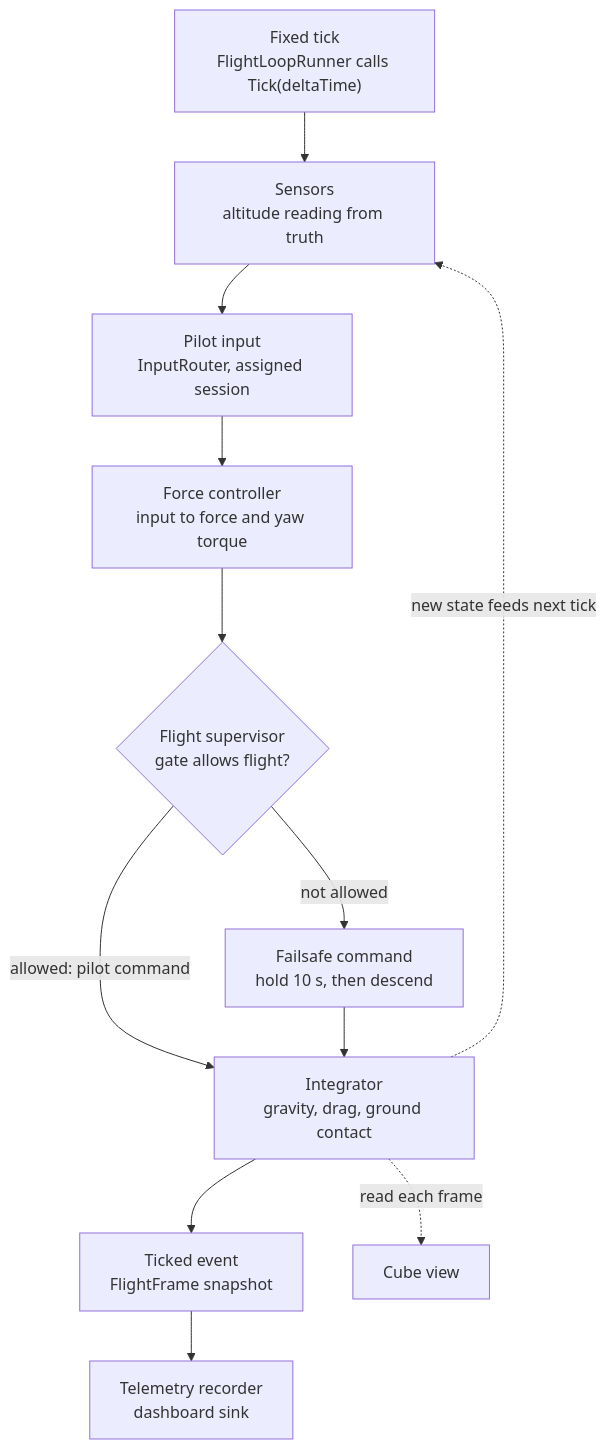
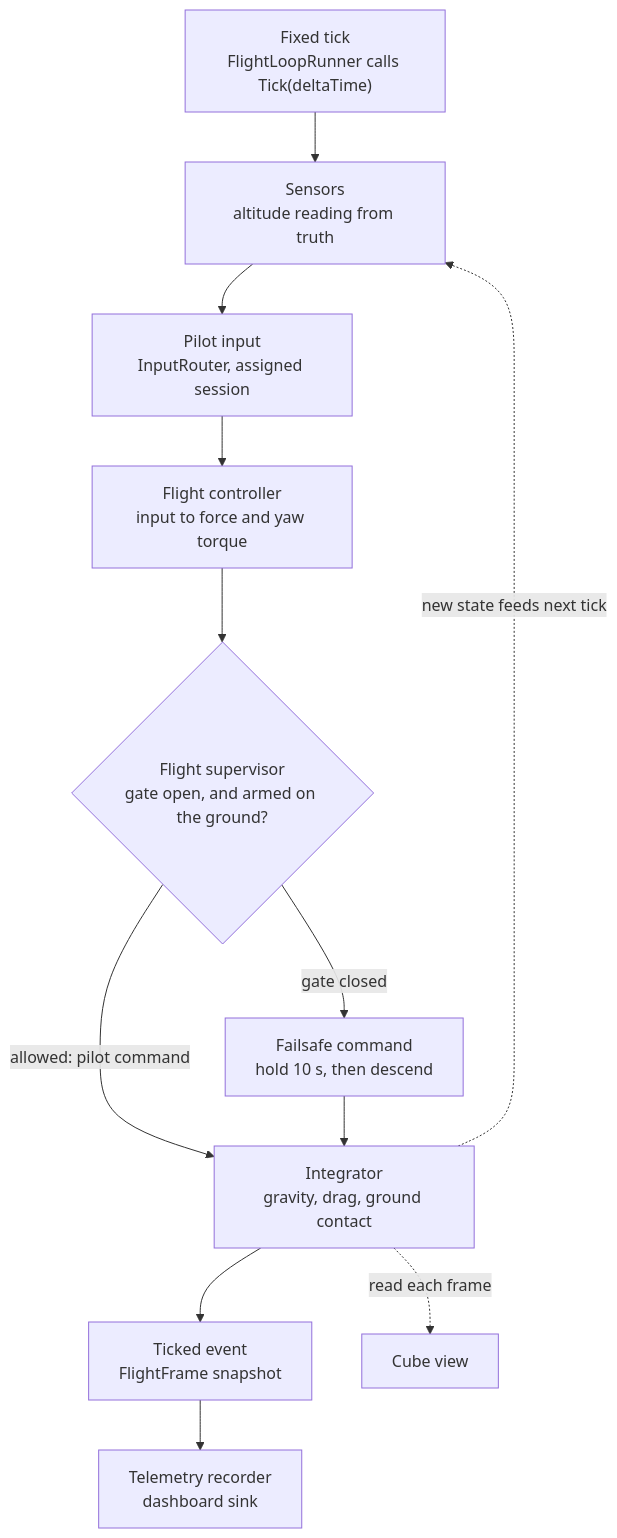
One commit to AlanKolic/DroneFlightModule changed the second of 4 diagrams in Docs/Architecture.md. Above: the diagram before and after it, drawn with Mermaid. The commit also changed other lines of this file and 1 other file, not shown here.

Commit message:
README and architecture doc now in line with the code

````diff
--- a/Docs/Architecture.md
+++ b/Docs/Architecture.md
@@ -69,14 +68,14 @@
 ```mermaid
 flowchart TB
     Tick["Fixed tick<br/>FlightLoopRunner calls Tick(deltaTime)"] --> Sense["Sensors<br/>altitude reading from truth"]
     Sense --> Pilot["Pilot input<br/>InputRouter, assigned session"]
-    Pilot --> Ctrl["Force controller<br/>input to force and yaw torque"]
-    Ctrl --> Gate{"Flight supervisor<br/>gate allows flight?"}
+    Pilot --> Ctrl["Flight controller<br/>input to force and yaw torque"]
+    Ctrl --> Gate{"Flight supervisor<br/>gate open, and armed on the ground?"}
     Gate -- allowed: pilot command --> Integ["Integrator<br/>gravity, drag, ground contact"]
-    Gate -- not allowed --> Sup["Failsafe command<br/>hold 10 s, then descend"]
+    Gate -- gate closed --> Sup["Failsafe command<br/>hold 10 s, then descend"]
     Sup --> Integ
     Integ --> Ticked["Ticked event<br/>FlightFrame snapshot"]
     Integ -. new state feeds next tick .-> Sense
     Ticked --> Tele["Telemetry recorder<br/>dashboard sink"]
     Integ -. read each frame .-> View["Cube view"]
 ```
````
